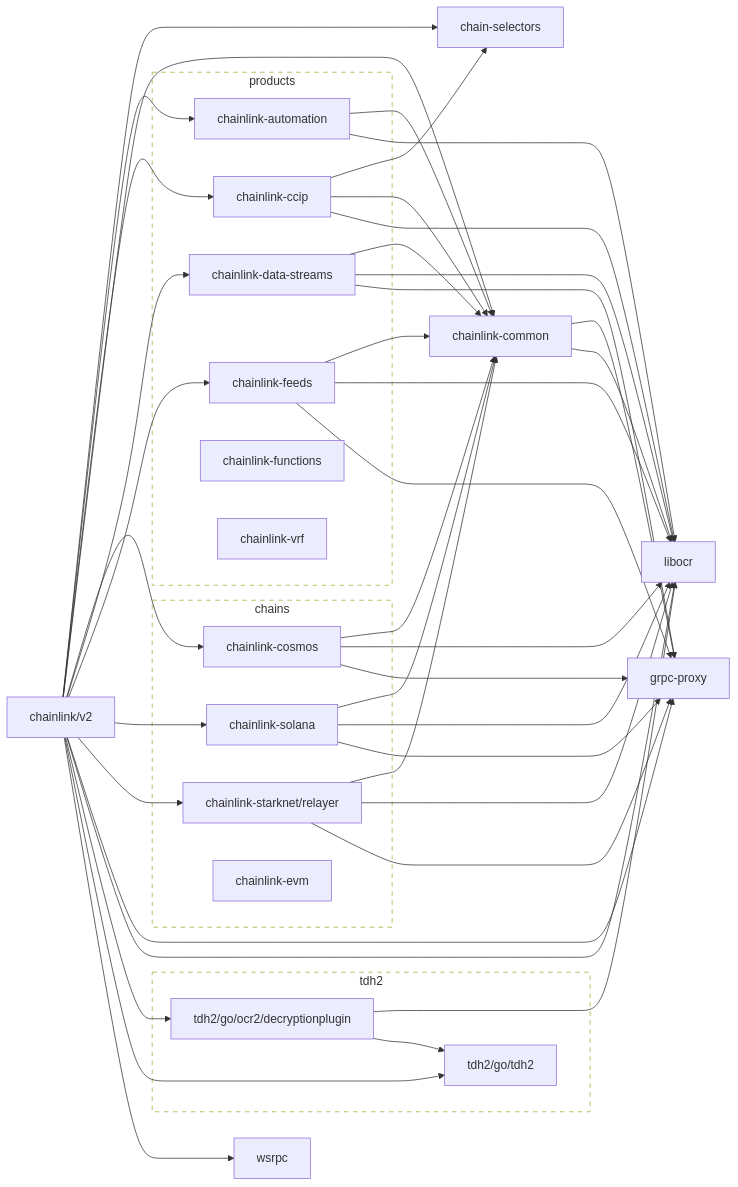
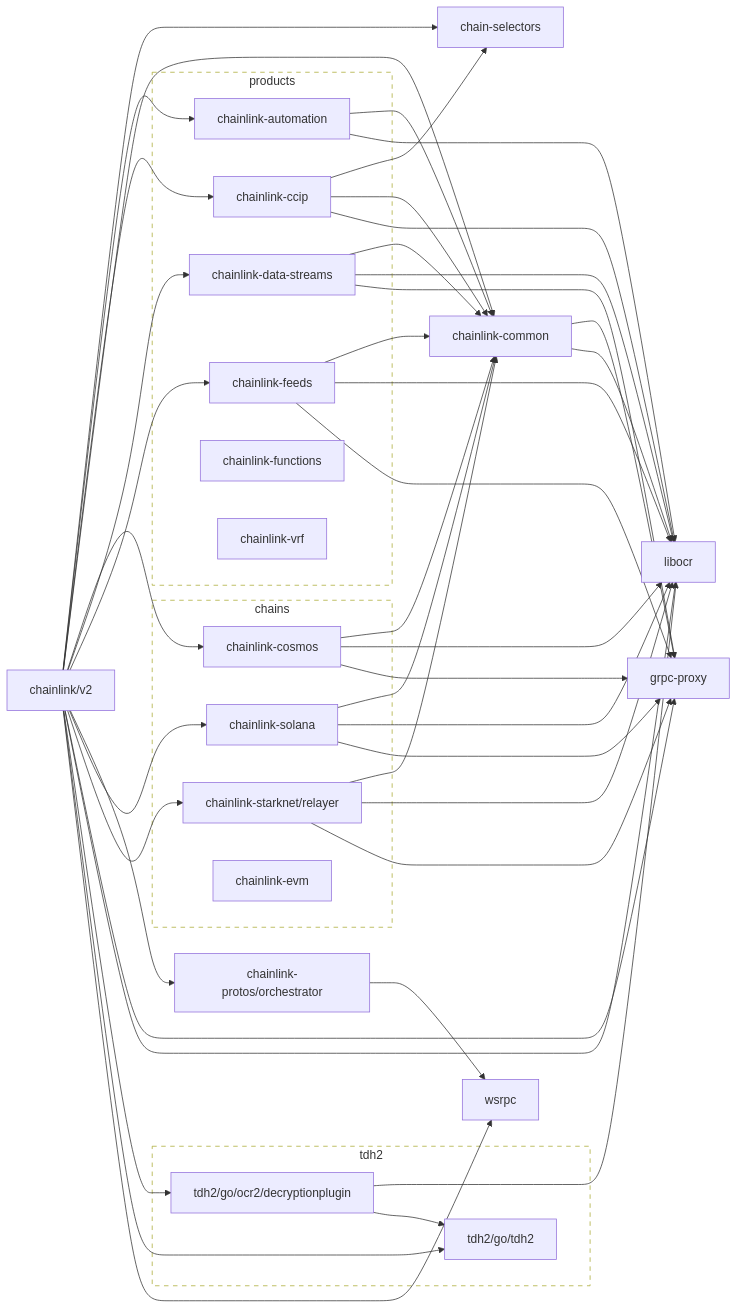
The diagram in go.md (smartcontractkit/chainlink), drawn with Mermaid before and after one commit. The commit also changed 23 other files, not shown here.

````diff
--- a/go.md
+++ b/go.md
@@ -2,79 +2,82 @@
 ```mermaid
 flowchart LR
   subgraph chains
     chainlink-cosmos
     chainlink-solana
     chainlink-starknet/relayer
     chainlink-evm
   end
 
   subgraph products
     chainlink-automation
     chainlink-ccip
     chainlink-data-streams
     chainlink-feeds
     chainlink-functions
     chainlink-vrf
   end
 
   subgraph tdh2
     tdh2/go/tdh2
     tdh2/go/ocr2/decryptionplugin
   end
 
   classDef outline stroke-dasharray:6,fill:none;
   class chains,products,tdh2 outline
 
   chainlink/v2 --> chain-selectors
   click chain-selectors href "https://github.com/smartcontractkit/chain-selectors"
   chainlink/v2 --> chainlink-automation
   click chainlink-automation href "https://github.com/smartcontractkit/chainlink-automation"
   chainlink/v2 --> chainlink-ccip
   click chainlink-ccip href "https://github.com/smartcontractkit/chainlink-ccip"
   chainlink/v2 --> chainlink-common
   click chainlink-common href "https://github.com/smartcontractkit/chainlink-common"
   chainlink/v2 --> chainlink-cosmos
   click chainlink-cosmos href "https://github.com/smartcontractkit/chainlink-cosmos"
   chainlink/v2 --> chainlink-data-streams
   click chainlink-data-streams href "https://github.com/smartcontractkit/chainlink-data-streams"
   chainlink/v2 --> chainlink-feeds
   click chainlink-feeds href "https://github.com/smartcontractkit/chainlink-feeds"
+  chainlink/v2 --> chainlink-protos/orchestrator
+  click chainlink-protos/orchestrator href "https://github.com/smartcontractkit/chainlink-protos"
   chainlink/v2 --> chainlink-solana
   click chainlink-solana href "https://github.com/smartcontractkit/chainlink-solana"
   chainlink/v2 --> chainlink-starknet/relayer
   click chainlink-starknet/relayer href "https://github.com/smartcontractkit/chainlink-starknet"
   chainlink/v2 --> grpc-proxy
   click grpc-proxy href "https://github.com/smartcontractkit/grpc-proxy"
   chainlink/v2 --> libocr
   click libocr href "https://github.com/smartcontractkit/libocr"
   chainlink/v2 --> tdh2/go/ocr2/decryptionplugin
   click tdh2/go/ocr2/decryptionplugin href "https://github.com/smartcontractkit/tdh2"
   chainlink/v2 --> tdh2/go/tdh2
   click tdh2/go/tdh2 href "https://github.com/smartcontractkit/tdh2"
   chainlink/v2 --> wsrpc
   click wsrpc href "https://github.com/smartcontractkit/wsrpc"
   chainlink-automation --> chainlink-common
   chainlink-automation --> libocr
   chainlink-ccip --> chain-selectors
   chainlink-ccip --> chainlink-common
   chainlink-ccip --> libocr
   chainlink-common --> grpc-proxy
   chainlink-common --> libocr
   chainlink-cosmos --> chainlink-common
   chainlink-cosmos --> libocr
   chainlink-cosmos --> grpc-proxy
   chainlink-data-streams --> chainlink-common
   chainlink-data-streams --> libocr
   chainlink-data-streams --> grpc-proxy
   chainlink-feeds --> chainlink-common
   chainlink-feeds --> libocr
   chainlink-feeds --> grpc-proxy
+  chainlink-protos/orchestrator --> wsrpc
   chainlink-solana --> chainlink-common
   chainlink-solana --> libocr
   chainlink-solana --> grpc-proxy
   chainlink-starknet/relayer --> chainlink-common
   chainlink-starknet/relayer --> libocr
   chainlink-starknet/relayer --> grpc-proxy
   tdh2/go/ocr2/decryptionplugin --> libocr
   tdh2/go/ocr2/decryptionplugin --> tdh2/go/tdh2
 ```
````
